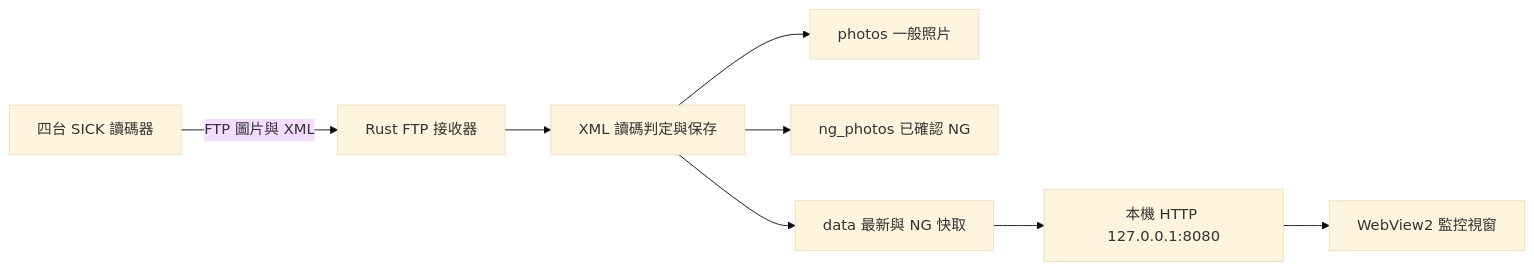
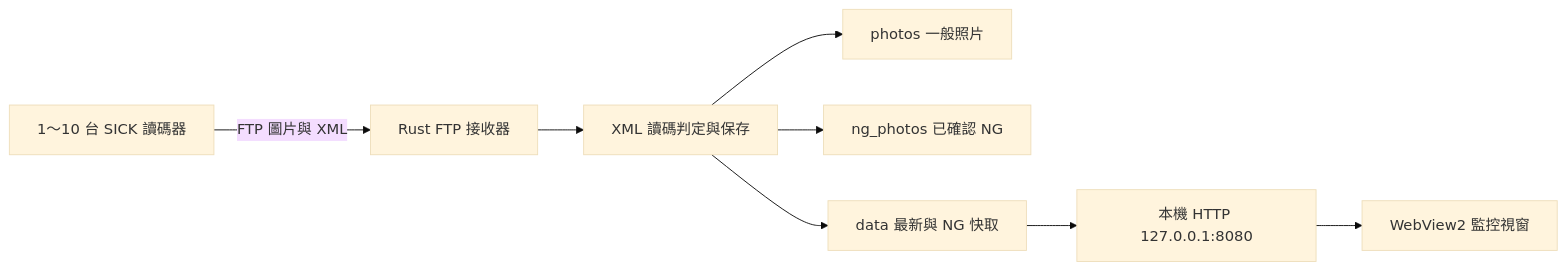
One commit to wkltueserc20/SICK-GLS611lector-monitor changed the diagram in README.md. Above: the diagram before and after it, drawn with Mermaid (base theme). The commit also changed other lines of this file and 14 other files, not shown here.

````diff
--- a/README.md
+++ b/README.md
@@ -20,10 +20,10 @@
 ```mermaid
 flowchart LR
-    A[四台 SICK 讀碼器] -->|FTP 圖片與 XML| B[Rust FTP 接收器]
+    A[1～10 台 SICK 讀碼器] -->|FTP 圖片與 XML| B[Rust FTP 接收器]
     B --> C[XML 讀碼判定與保存]
     C --> D[photos 一般照片]
     C --> E[ng_photos 已確認 NG]
     C --> F[data 最新與 NG 快取]
     F --> G[本機 HTTP 127.0.0.1:8080]
     G --> H[WebView2 監控視窗]
 ```
````
